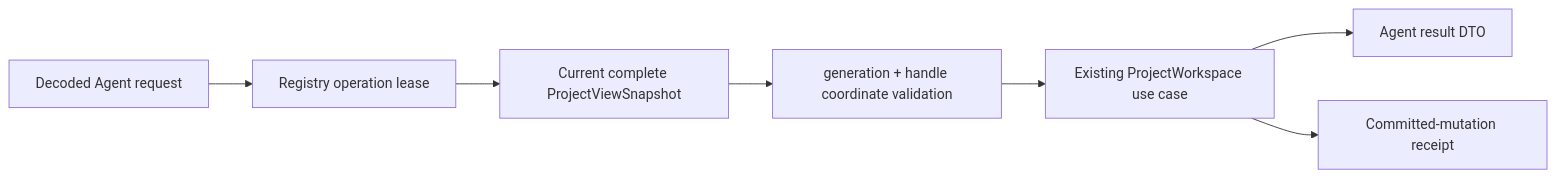
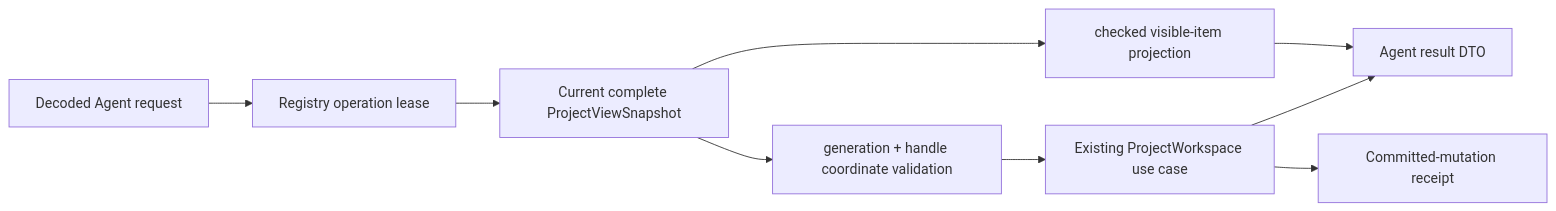
The first of 2 diagrams in RupaKit/Sources/RupaAgentRuntime/DESIGN.md (1amageek/Rupa), drawn with Mermaid before and after one commit. The commit also changed other lines of this file and 38 other files, not shown here.

````diff
--- a/RupaKit/Sources/RupaAgentRuntime/DESIGN.md
+++ b/RupaKit/Sources/RupaAgentRuntime/DESIGN.md
@@ -36,9 +39,11 @@
 ```mermaid
 flowchart LR
     Request["Decoded Agent request"] --> Lease["Registry operation lease"]
     Lease --> View["Current complete ProjectViewSnapshot"]
     View --> Guard["generation + handle coordinate validation"]
     Guard --> Workspace["Existing ProjectWorkspace use case"]
     Workspace --> Projection["Agent result DTO"]
     Workspace --> NoRetry["Committed-mutation receipt"]
+    View --> ViewportProjection["checked visible-item projection"]
+    ViewportProjection --> Projection
 ```
````
